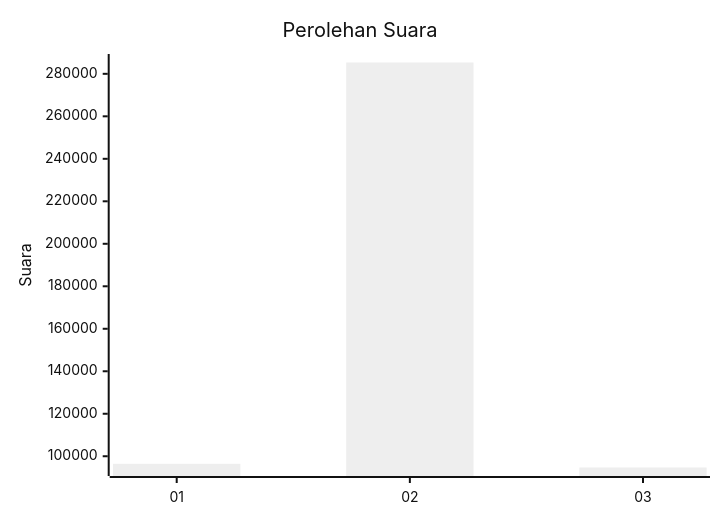
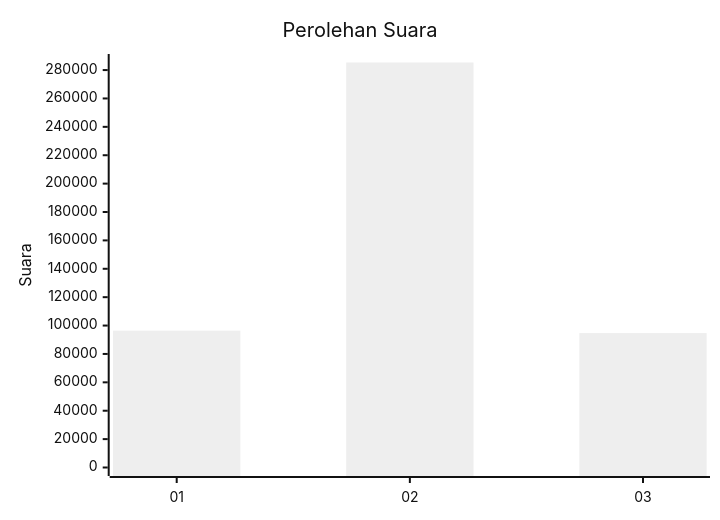
The first of 2 diagrams in pilpres/hitung-suara/sub/table-wilayah-99.md (gigit-pemilu/pemilu-2024), drawn with Mermaid (neutral theme) before and after one commit. The commit also changed 42 other files, not shown here.

````diff
--- a/pilpres/hitung-suara/sub/table-wilayah-99.md
+++ b/pilpres/hitung-suara/sub/table-wilayah-99.md
@@ -7,7 +7,7 @@
 ```mermaid
 xychart-beta
     title "Perolehan Suara"
     x-axis [01, 02, 03]
-    y-axis "Suara"
+    y-axis "Suara" 0 --> 285331
     bar [96438, 285331, 94703]
 ```
````
